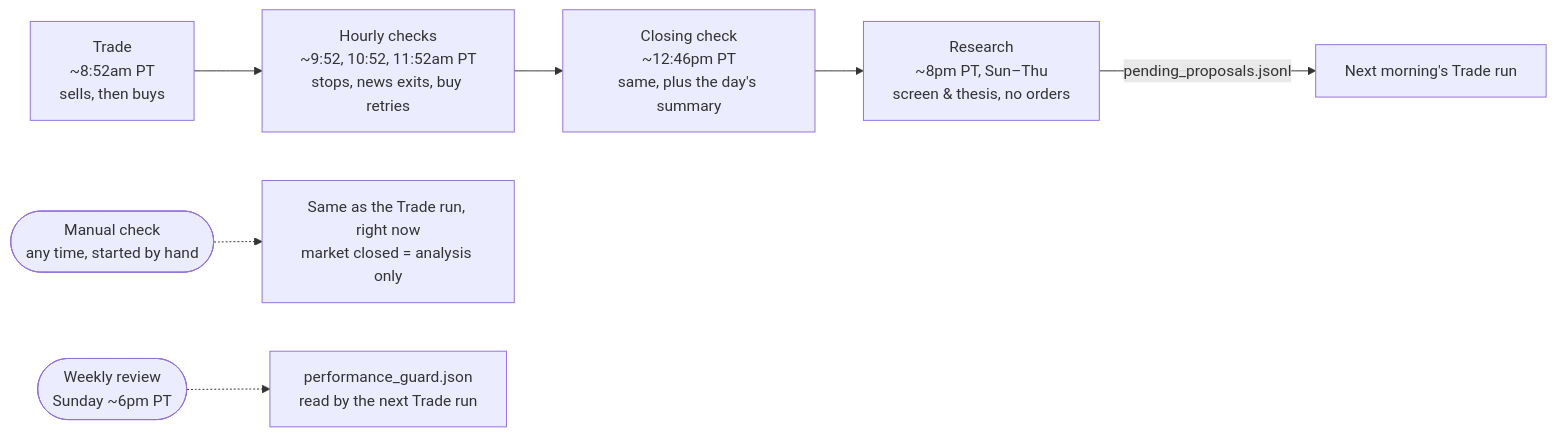
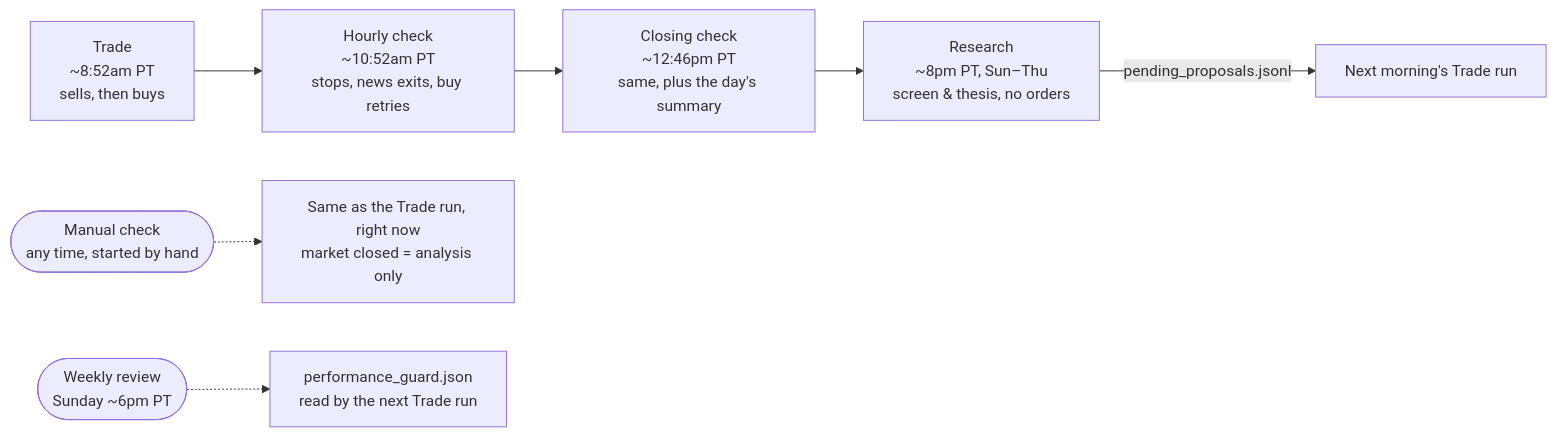
One commit to HarryXiong24/agentic-trader changed the first of 3 diagrams in README.md. Above: the diagram before and after it, drawn with Mermaid. The commit also changed other lines of this file and 1 other file, not shown here.

First line of the commit message:
Run the hourly check once a day, at 10:52am PT

````diff
--- a/README.md
+++ b/README.md
@@ -151,9 +151,9 @@
 ```mermaid
 flowchart LR
-    B["Trade<br/>~8:52am PT<br/>sells, then buys"] --> HC["Hourly checks<br/>~9:52, 10:52, 11:52am PT<br/>stops, news exits, buy retries"]
+    B["Trade<br/>~8:52am PT<br/>sells, then buys"] --> HC["Hourly check<br/>~10:52am PT<br/>stops, news exits, buy retries"]
     HC --> C["Closing check<br/>~12:46pm PT<br/>same, plus the day's summary"]
     C --> A["Research<br/>~8pm PT, Sun–Thu<br/>screen & thesis, no orders"]
     A -- "pending_proposals.jsonl" --> B2["Next morning's Trade run"]
     H(["Manual check<br/>any time, started by hand"]) -.-> X["Same as the Trade run, right now<br/>market closed = analysis only"]
     W(["Weekly review<br/>Sunday ~6pm PT"]) -.-> G["performance_guard.json<br/>read by the next Trade run"]
 ```
````
